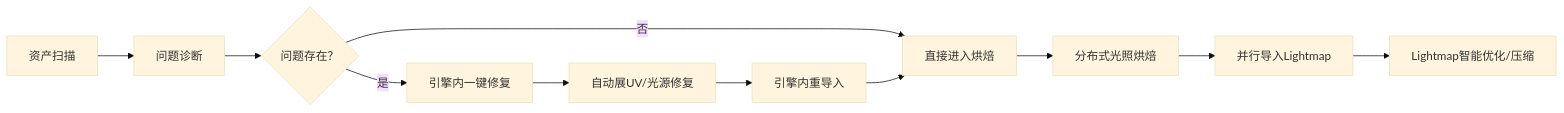
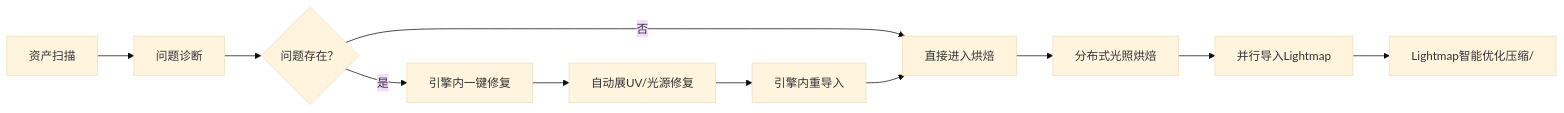
Before and after one commit to archieluan/iodraw-files: the diagram in all/未命名-3.md, drawn with Mermaid (base theme).

Commit message:
2025-06-10 17:18:02 update

````diff
--- a/all/未命名-3.md
+++ b/all/未命名-3.md
@@ -1,13 +1,13 @@
 ```mermaid
 graph LR
     A[资产扫描] --> B[问题诊断]
     B --> C{问题存在？}
     C -->|是| D[引擎内一键修复]
     C -->|否| E[直接进入烘焙]
     D --> F[自动展UV/光源修复]
     F --> G[引擎内重导入]
     G --> E
     E --> H[分布式光照烘焙]
     H --> I[并行导入Lightmap]
-    I --> J[Lightmap智能优化/压缩]
+    I --> J[Lightmap智能优化压缩/]
 ```
````
